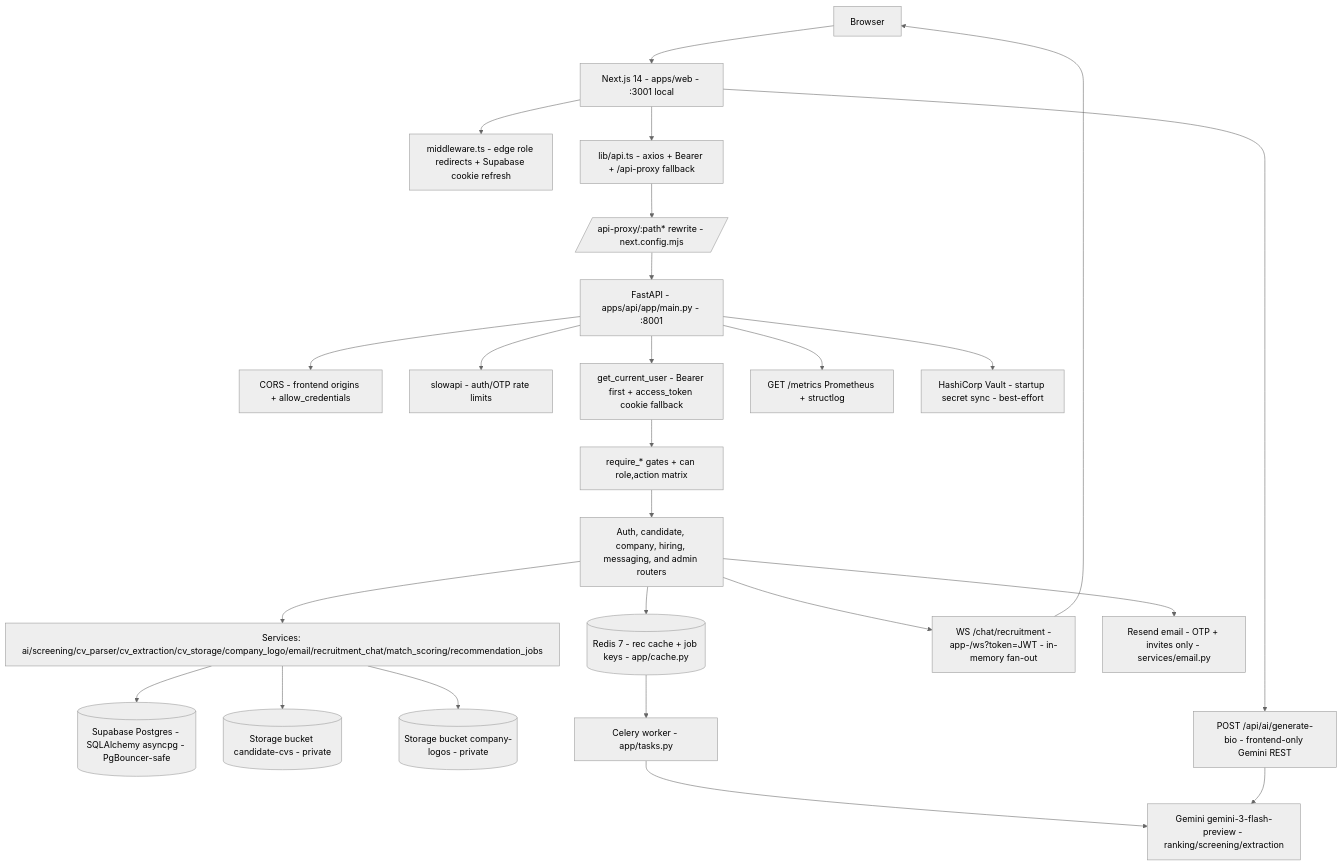
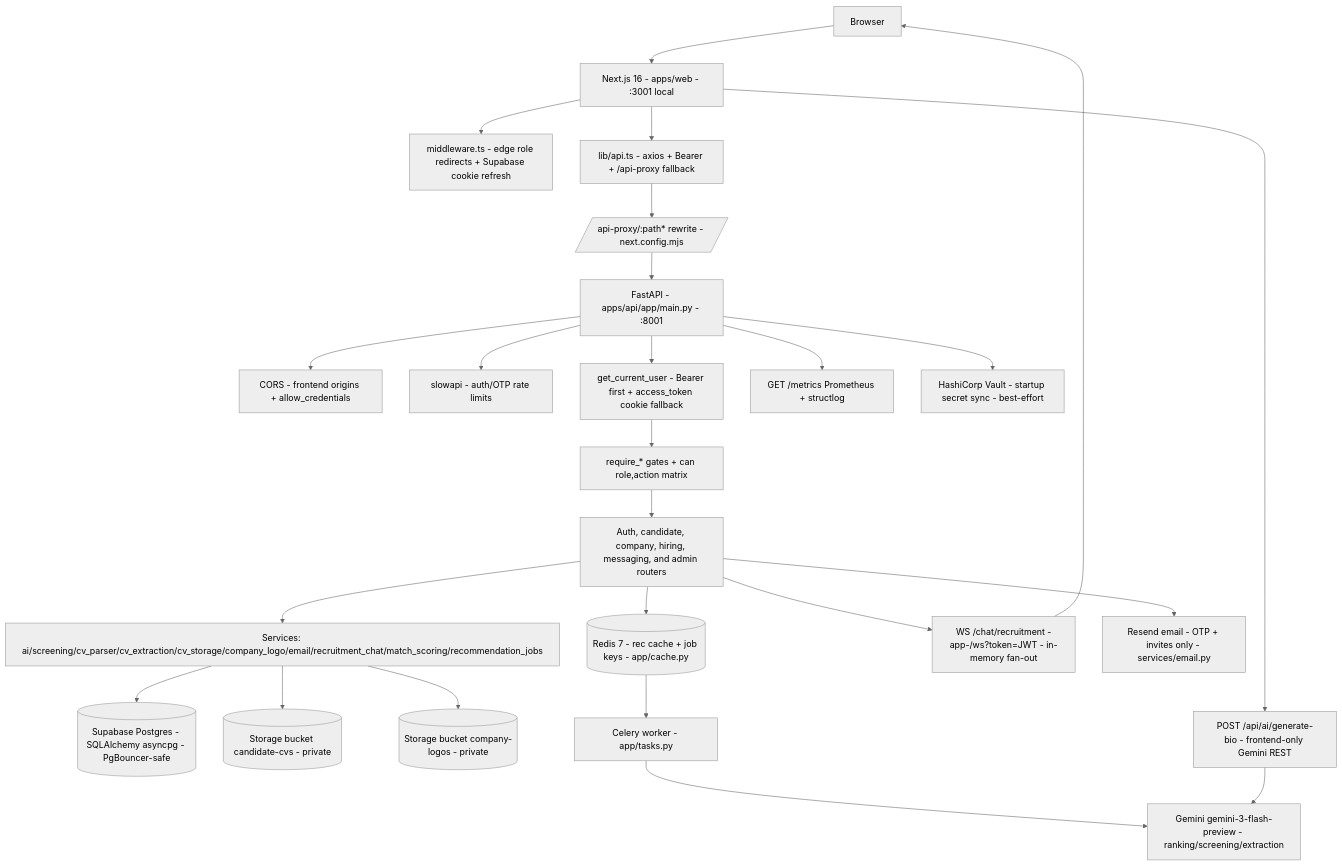
The first of 9 diagrams in README.md (aelasefa/coditent), drawn with Mermaid (neutral theme) before and after one commit. The commit also changed other lines of this file and 85 other files, not shown here.

````diff
--- a/README.md
+++ b/README.md
@@ -163,27 +163,27 @@
 ```mermaid
 flowchart TD
-    Browser[Browser] --> Web[Next.js 14 - apps/web - :3001 local]
+    Browser[Browser] --> Web[Next.js 16 - apps/web - :3001 local]
     Web --> MW[middleware.ts - edge role redirects + Supabase cookie refresh]
     Web --> APIClient[lib/api.ts - axios + Bearer + /api-proxy fallback]
     APIClient --> ProxyRewrite[/api-proxy/:path* rewrite - next.config.mjs/]
     ProxyRewrite --> API[FastAPI - apps/api/app/main.py - :8001]
     API --> CORS[CORS - frontend origins + allow_credentials]
     API --> RL[slowapi - auth/OTP rate limits]
     API --> AuthZ[get_current_user - Bearer first + access_token cookie fallback]
     AuthZ --> Gates[require_* gates + can role,action matrix]
     Gates --> Routers[Auth, candidate, company, hiring, messaging, and admin routers]
     Routers --> Services[Services: ai/screening/cv_parser/cv_extraction/cv_storage/company_logo/email/recruitment_chat/match_scoring/recommendation_jobs]
     Services --> PG[(Supabase Postgres - SQLAlchemy asyncpg - PgBouncer-safe)]
     Services --> CVStore[(Storage bucket candidate-cvs - private)]
     Services --> LogoStore[(Storage bucket company-logos - private)]
     Routers --> Redis[(Redis 7 - rec cache + job keys - app/cache.py)]
     Redis --> Worker[Celery worker - app/tasks.py]
     Worker --> Gemini[Gemini gemini-3-flash-preview - ranking/screening/extraction]
     Web --> BioAI[POST /api/ai/generate-bio - frontend-only Gemini REST]
     BioAI --> Gemini
     Routers --> WS[WS /chat/recruitment -app-/ws?token=JWT - in-memory fan-out]
     WS --> Browser
     Routers --> Resend[Resend email - OTP + invites only - services/email.py]
     API --> Metrics[GET /metrics Prometheus + structlog]
     API --> Vault[HashiCorp Vault - startup secret sync - best-effort]
 ```
````
